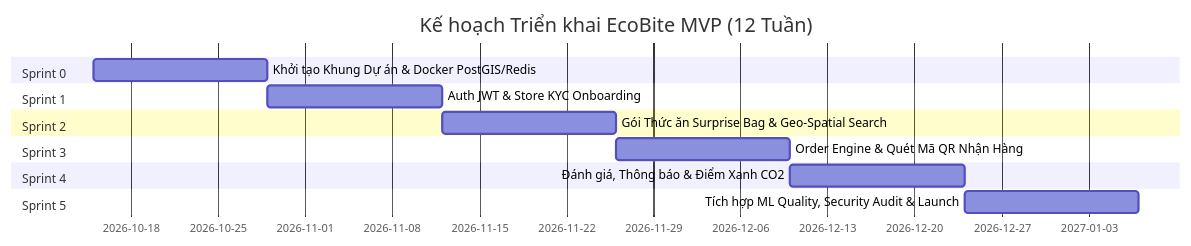
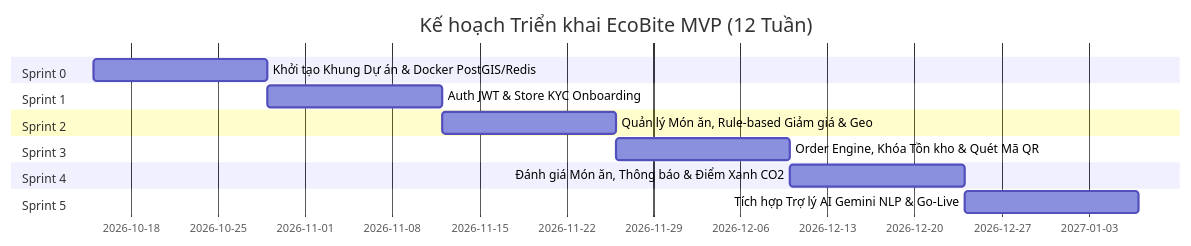
Before and after one commit to pqhuy1807/EcoBite: the diagram in docs/05_Agile_Roadmap_and_Kanban.md, drawn with Mermaid. The commit also changed other lines of this file and 11 other files, not shown here.

````diff
--- a/docs/05_Agile_Roadmap_and_Kanban.md
+++ b/docs/05_Agile_Roadmap_and_Kanban.md
@@ -11,17 +12,17 @@
 ```mermaid
 gantt
     title Kế hoạch Triển khai EcoBite MVP (12 Tuần)
     dateFormat  YYYY-MM-DD
     section Sprint 0
     Khởi tạo Khung Dự án & Docker PostGIS/Redis :2026-10-15, 14d
     section Sprint 1
     Auth JWT & Store KYC Onboarding            :2026-10-29, 14d
     section Sprint 2
-    Gói Thức ăn Surprise Bag & Geo-Spatial Search:2026-11-12, 14d
+    Quản lý Món ăn, Rule-based Giảm giá & Geo   :2026-11-12, 14d
     section Sprint 3
-    Order Engine & Quét Mã QR Nhận Hàng         :2026-11-26, 14d
+    Order Engine, Khóa Tồn kho & Quét Mã QR     :2026-11-26, 14d
     section Sprint 4
-    Đánh giá, Thông báo & Điểm Xanh CO2        :2026-12-10, 14d
+    Đánh giá Món ăn, Thông báo & Điểm Xanh CO2 :2026-12-10, 14d
     section Sprint 5
-    Tích hợp ML Quality, Security Audit & Launch:2026-12-24, 14d
+    Tích hợp Trợ lý AI Gemini NLP & Go-Live    :2026-12-24, 14d
 ```
````
